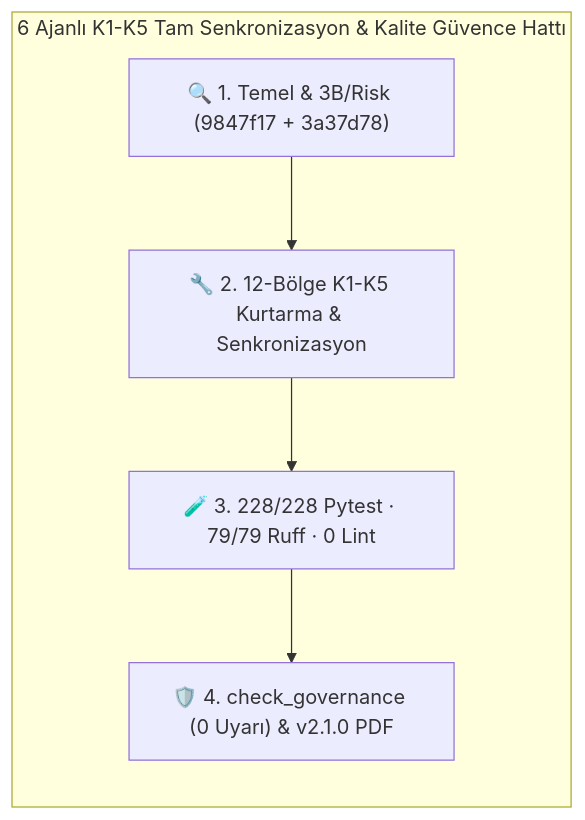
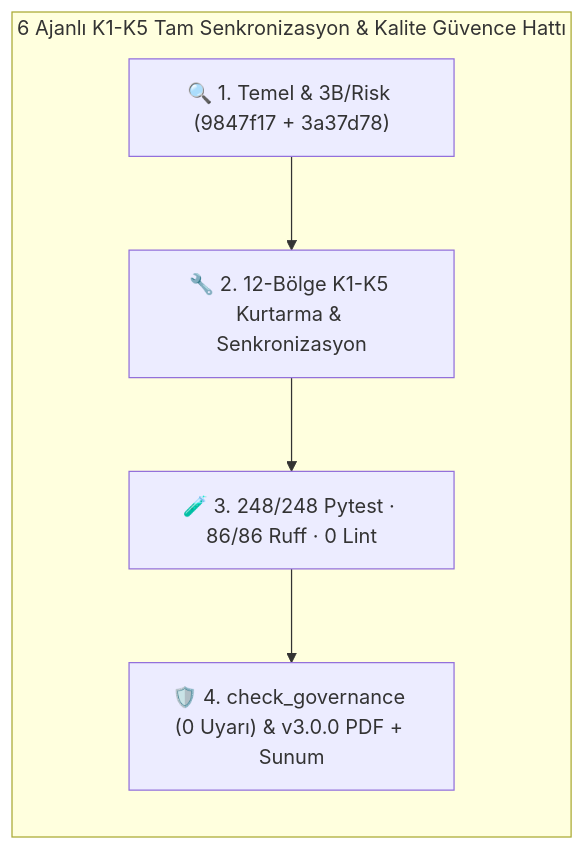
One commit to kingos352/luna-sight changed the third of 3 diagrams in docs/MASTER_PROJECT_REPORT_TR.md. Above: the diagram before and after it, drawn with Mermaid. The commit also changed other lines of this file and 42 other files, not shown here.

````diff
--- a/docs/MASTER_PROJECT_REPORT_TR.md
+++ b/docs/MASTER_PROJECT_REPORT_TR.md
@@ -400,8 +400,8 @@
 ```mermaid
 flowchart LR
     subgraph Ajan7_Birligi["6 Ajanlı K1-K5 Tam Senkronizasyon & Kalite Güvence Hattı"]
         T1["🔍 1. Temel & 3B/Risk (9847f17 + 3a37d78)"] --> T2["🔧 2. 12-Bölge K1-K5 Kurtarma & Senkronizasyon"]
-        T2 --> T3["🧪 3. 228/228 Pytest · 79/79 Ruff · 0 Lint"]
-        T3 --> T4["🛡️ 4. check_governance (0 Uyarı) & v2.1.0 PDF"]
+        T2 --> T3["🧪 3. 248/248 Pytest · 86/86 Ruff · 0 Lint"]
+        T3 --> T4["🛡️ 4. check_governance (0 Uyarı) & v3.0.0 PDF + Sunum"]
     end
 ```
````
